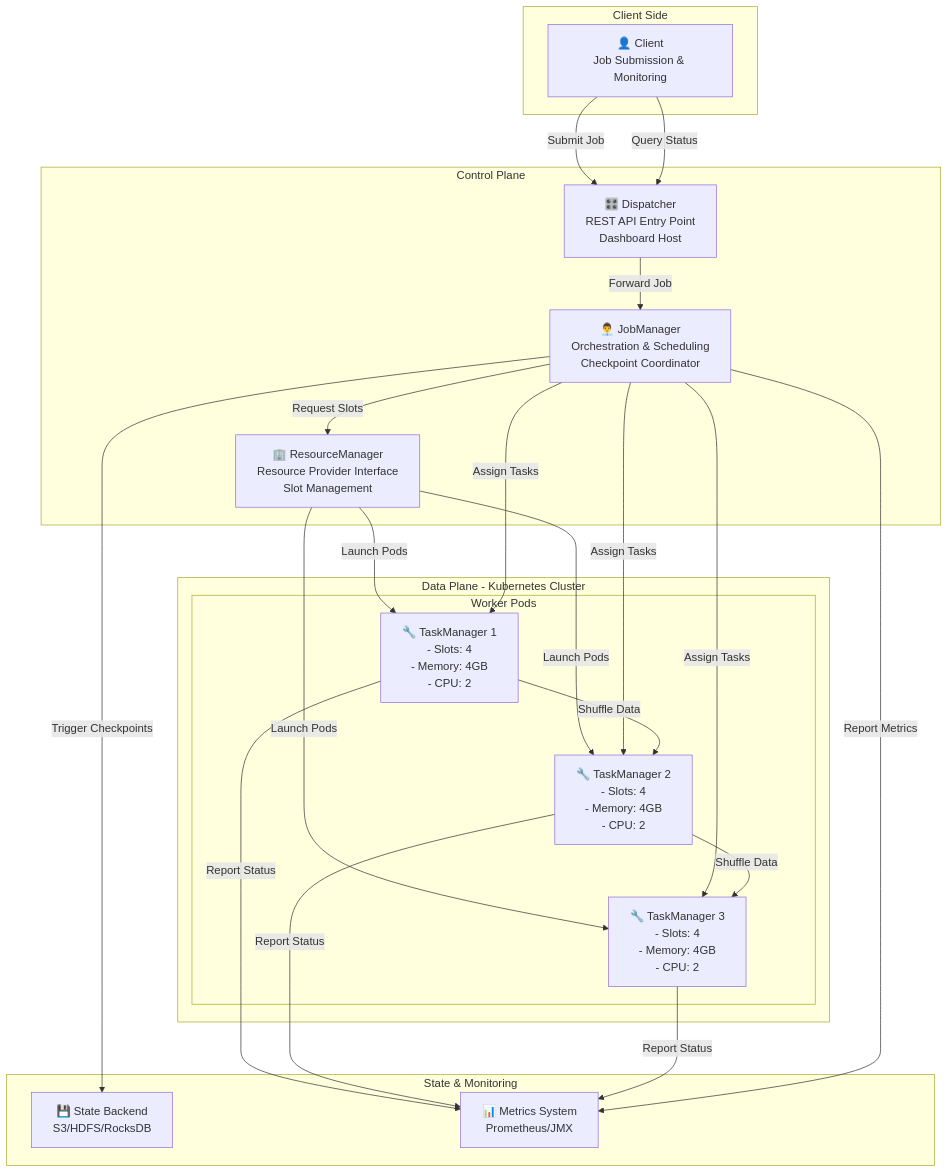
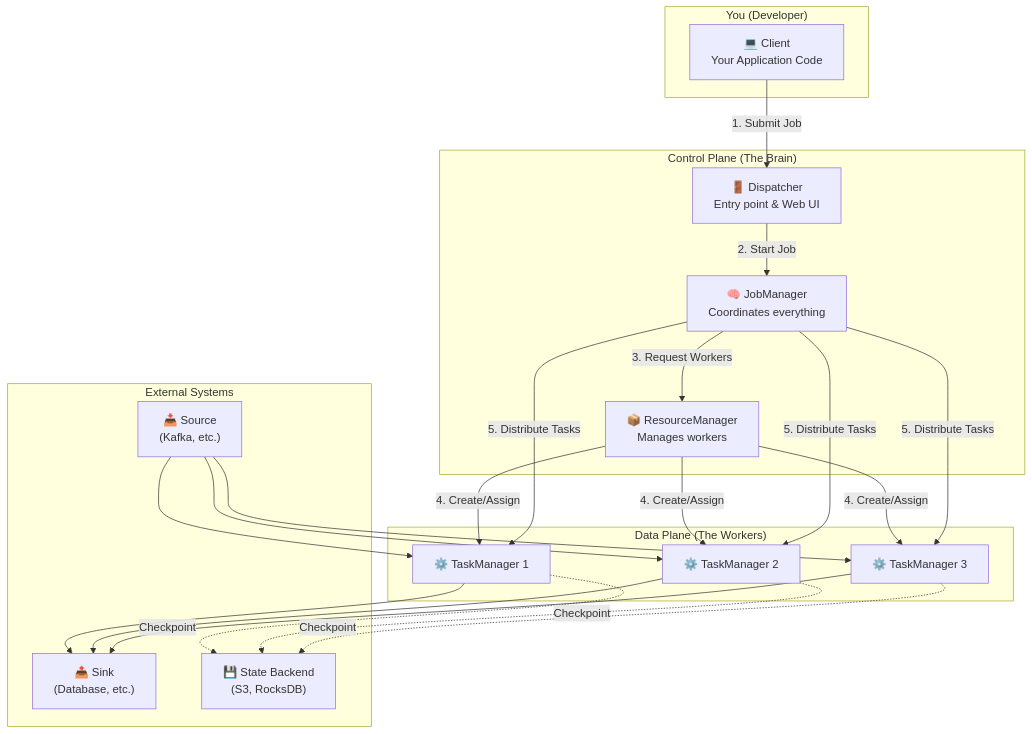
Before and after one commit to mainul098/flink-learning: the first of 6 diagrams in docs/01-flink-operational-essentials.md, drawn with Mermaid. The commit also changed other lines of this file, not shown here.

````diff
--- a/docs/01-flink-operational-essentials.md
+++ b/docs/01-flink-operational-essentials.md
@@ -110,47 +139,47 @@
 ```mermaid
 graph TB
-    subgraph "Client Side"
-        Client["👤 Client<br/>Job Submission & Monitoring"]
+    subgraph "You (Developer)"
+        Client["💻 Client<br/>Your Application Code"]
     end
-
-    subgraph "Control Plane"
-        Dispatcher["🎛️ Dispatcher<br/>REST API Entry Point<br/>Dashboard Host"]
-        JobManager["👨‍💼 JobManager<br/>Orchestration & Scheduling<br/>Checkpoint Coordinator"]
-        ResourceManager["🏢 ResourceManager<br/>Resource Provider Interface<br/>Slot Management"]
+    
+    subgraph "Control Plane (The Brain)"
+        JM["🧠 JobManager<br/>Coordinates everything"]
+        RM["📦 ResourceManager<br/>Manages workers"]
+        Dispatcher["🚪 Dispatcher<br/>Entry point & Web UI"]
     end
-
-    subgraph "Data Plane - Kubernetes Cluster"
-        subgraph "Worker Pods"
-            TM1["🔧 TaskManager 1<br/>- Slots: 4<br/>- Memory: 4GB<br/>- CPU: 2"]
-            TM2["🔧 TaskManager 2<br/>- Slots: 4<br/>- Memory: 4GB<br/>- CPU: 2"]
-            TM3["🔧 TaskManager 3<br/>- Slots: 4<br/>- Memory: 4GB<br/>- CPU: 2"]
-        end
+    
+    subgraph "Data Plane (The Workers)"
+        TM1["⚙️ TaskManager 1"]
+        TM2["⚙️ TaskManager 2"]
+        TM3["⚙️ TaskManager 3"]
     end
-
-    subgraph "State & Monitoring"
-        StateBackend["💾 State Backend<br/>S3/HDFS/RocksDB"]
-        Metrics["📊 Metrics System<br/>Prometheus/JMX"]
+    
+    subgraph "External Systems"
+        Source["📥 Source<br/>(Kafka, etc.)"]
+        Sink["📤 Sink<br/>(Database, etc.)"]
+        State["💾 State Backend<br/>(S3, RocksDB)"]
     end
-
-    Client -->|Submit Job| Dispatcher
-    Dispatcher -->|Forward Job| JobManager
-
-    JobManager -->|Request Slots| ResourceManager
-    ResourceManager -->|Launch Pods| TM1
-    ResourceManager -->|Launch Pods| TM2
-    ResourceManager -->|Launch Pods| TM3
-
-    JobManager -->|Assign Tasks| TM1
-    JobManager -->|Assign Tasks| TM2
-    JobManager -->|Assign Tasks| TM3
-    JobManager -->|Trigger Checkpoints| StateBackend
-
-    TM1 -->|Shuffle Data| TM2
-    TM2 -->|Shuffle Data| TM3
-    TM1 -->|Report Status| Metrics
-    TM2 -->|Report Status| Metrics
-    TM3 -->|Report Status| Metrics
-    JobManager -->|Report Metrics| Metrics
-
-    Client -->|Query Status| Dispatcher
+    
+    Client -->|"1. Submit Job"| Dispatcher
+    Dispatcher -->|"2. Start Job"| JM
+    JM -->|"3. Request Workers"| RM
+    RM -->|"4. Create/Assign"| TM1
+    RM -->|"4. Create/Assign"| TM2
+    RM -->|"4. Create/Assign"| TM3
+    
+    JM -->|"5. Distribute Tasks"| TM1
+    JM -->|"5. Distribute Tasks"| TM2
+    JM -->|"5. Distribute Tasks"| TM3
+    
+    Source --> TM1
+    Source --> TM2
+    Source --> TM3
+    
+    TM1 --> Sink
+    TM2 --> Sink
+    TM3 --> Sink
+    
+    TM1 -.->|"Checkpoint"| State
+    TM2 -.->|"Checkpoint"| State
+    TM3 -.->|"Checkpoint"| State
 ```
````
